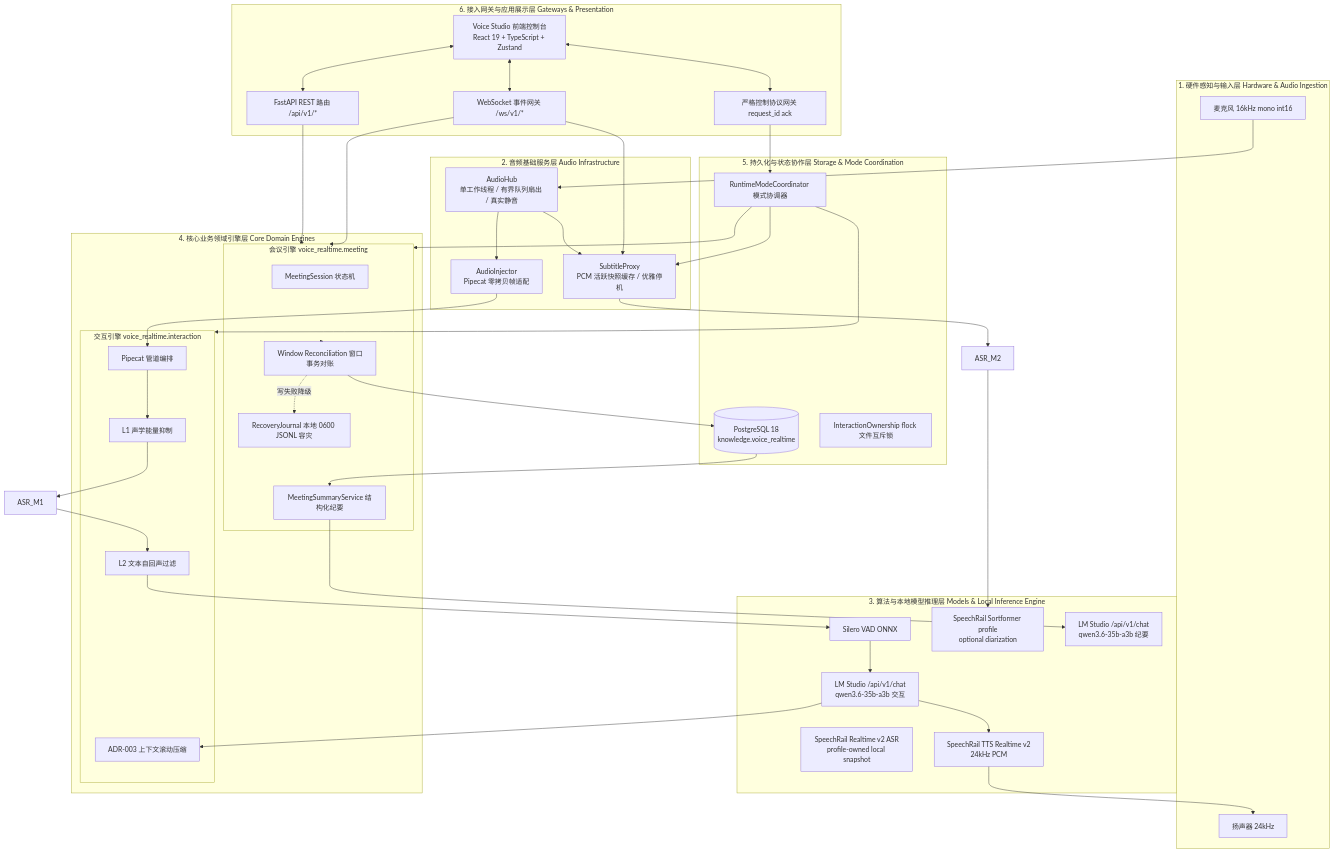
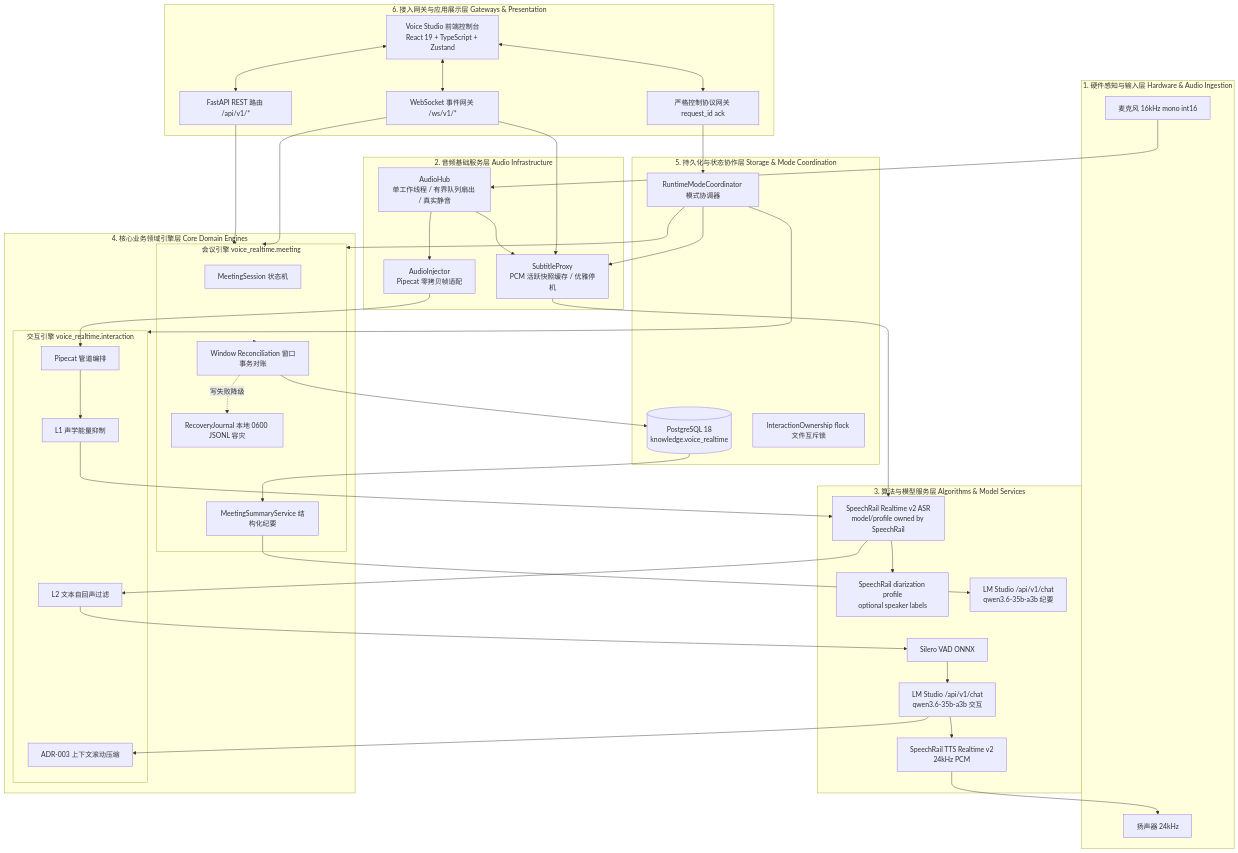
One commit to hrygo/voice-realtime changed the first of 13 diagrams in docs/architecture/系统总体架构与详细设计方案.md. Above: the diagram before and after it, drawn with Mermaid. The commit also changed other lines of this file and 28 other files, not shown here.

Commit message:
docs: 更新 SpeechRail 依赖与文档基线

```diff
--- a/docs/architecture/系统总体架构与详细设计方案.md
+++ b/docs/architecture/系统总体架构与详细设计方案.md
@@ -120,10 +128,10 @@
         PROXY[SubtitleProxy<br/>PCM 活跃快照缓存 / 优雅停机]
     end
 
-    subgraph L3[3. 算法与本地模型推理层 Models & Local Inference Engine]
+    subgraph L3[3. 算法与模型服务层 Algorithms & Model Services]
         VAD_M[Silero VAD ONNX]
-        ASR_M[SpeechRail Realtime v2 ASR<br/>profile-owned local snapshot]
-        DIAR_M[SpeechRail Sortformer profile<br/>optional diarization]
+        ASR_M[SpeechRail Realtime v2 ASR<br/>model/profile owned by SpeechRail]
+        DIAR_M[SpeechRail diarization profile<br/>optional speaker labels]
         LLM_M1[LM Studio /api/v1/chat<br/>qwen3.6-35b-a3b 交互]
         LLM_M2[LM Studio /api/v1/chat<br/>qwen3.6-35b-a3b 纪要]
         TTS_M[SpeechRail TTS Realtime v2<br/>24kHz PCM]
@@ -161,12 +169,12 @@
     HUB --> INJECT
     HUB --> PROXY
     INJECT --> PIPE
-    PROXY --> ASR_M2
-    ASR_M2 --> DIAR_M
+    PROXY --> ASR_M
+    ASR_M --> DIAR_M
     
     PIPE --> L1_ECHO
-    L1_ECHO --> ASR_M1
-    ASR_M1 --> L2_ECHO
+    L1_ECHO --> ASR_M
+    ASR_M --> L2_ECHO
     L2_ECHO --> VAD_M
     VAD_M --> LLM_M1
     LLM_M1 --> COMPACT
```
